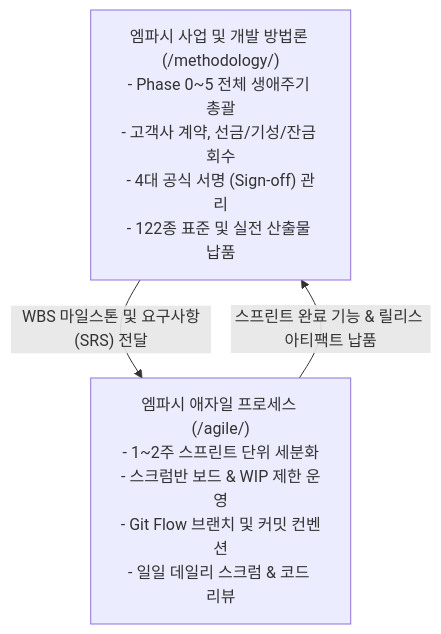
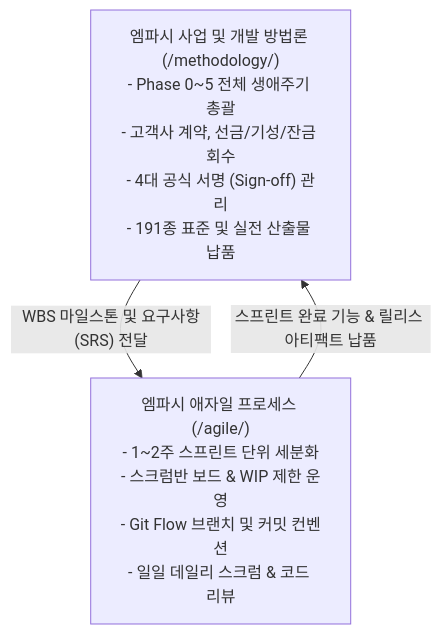
One commit to DramaticCollaboration/doc.github.io changed the second of 2 diagrams in ko/agile/index.md. Above: the diagram before and after it, drawn with Mermaid. The commit also changed other lines of this file and 73 other files, not shown here.

````diff
--- a/ko/agile/index.md
+++ b/ko/agile/index.md
@@ -72,9 +72,9 @@
 ```mermaid
 flowchart TD
-    M1["엠파시 사업 및 개발 방법론 (/methodology/)<br/>- Phase 0~5 전체 생애주기 총괄<br/>- 고객사 계약, 선금/기성/잔금 회수<br/>- 4대 공식 서명 (Sign-off) 관리<br/>- 122종 표준 및 실전 산출물 납품"]
+    M1["엠파시 사업 및 개발 방법론 (/methodology/)<br/>- Phase 0~5 전체 생애주기 총괄<br/>- 고객사 계약, 선금/기성/잔금 회수<br/>- 4대 공식 서명 (Sign-off) 관리<br/>- 191종 표준 및 실전 산출물 납품"]
     
     A1["엠파시 애자일 프로세스 (/agile/)<br/>- 1~2주 스프린트 단위 세분화<br/>- 스크럼반 보드 & WIP 제한 운영<br/>- Git Flow 브랜치 및 커밋 컨벤션<br/>- 일일 데일리 스크럼 & 코드 리뷰"]
 
     M1 -->|"WBS 마일스톤 및 요구사항(SRS) 전달"| A1
     A1 -->|"스프린트 완료 기능 & 릴리스 아티팩트 납품"| M1
 ```
````
